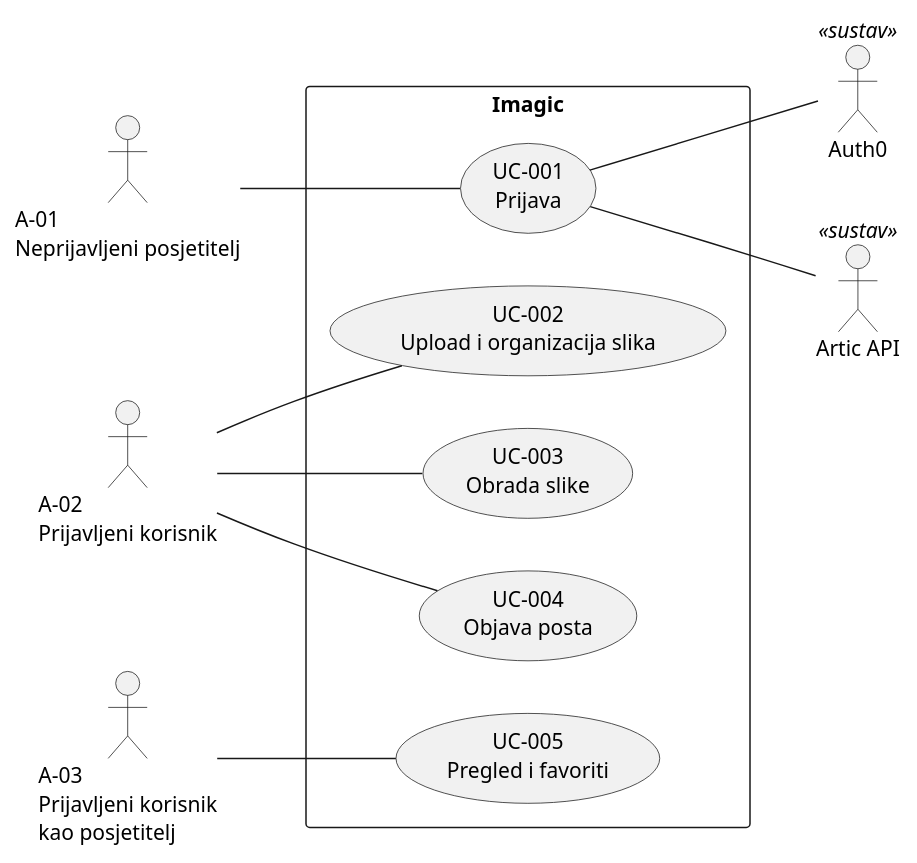
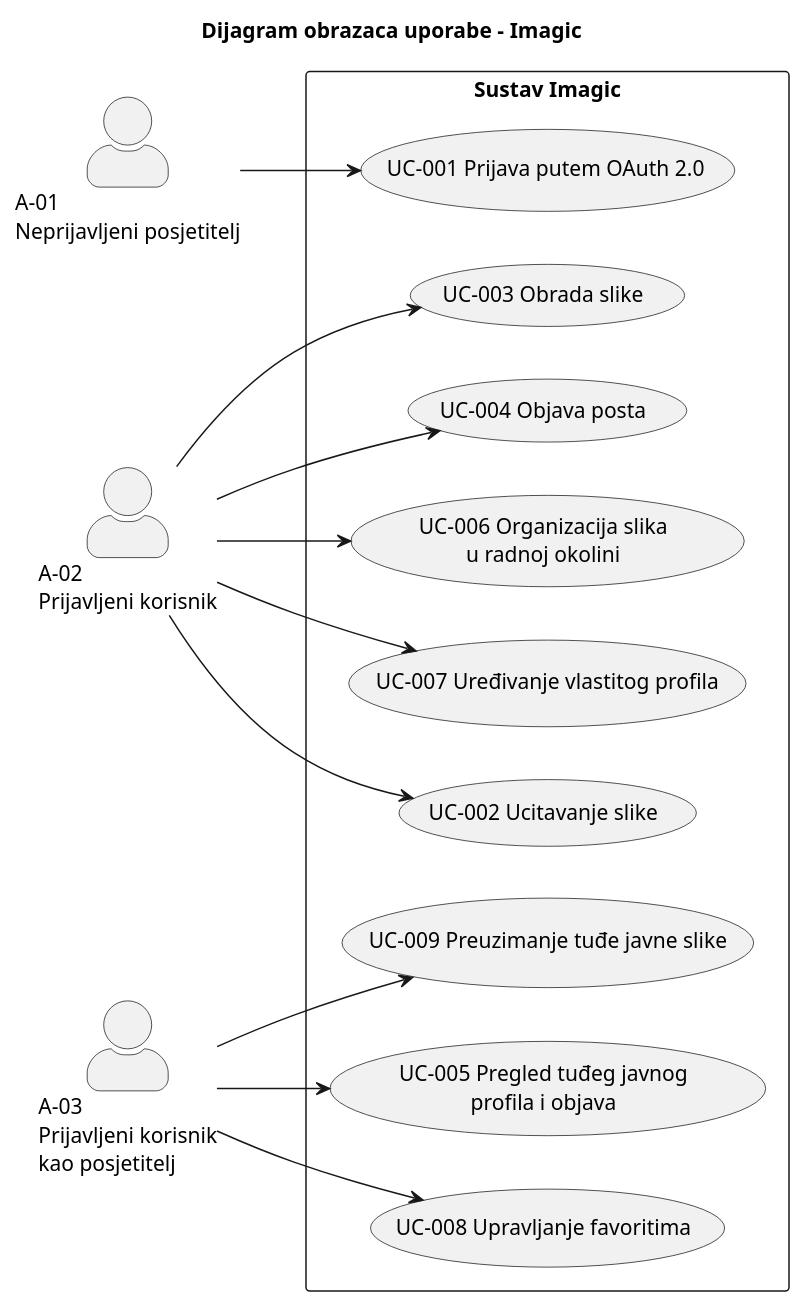
Before and after one commit to LeonIvetic/Imagic_Tim_3.2: the diagram in docs/obrasci-uporabe.puml, drawn with PlantUML. The commit also changed 3 other files, not shown here.

```diff
--- a/docs/obrasci-uporabe.puml
+++ b/docs/obrasci-uporabe.puml
@@ -1,30 +1,37 @@
 @startuml
 left to right direction
+skinparam actorStyle awesome
 
-actor "A-01\nNeprijavljeni posjetitelj" as A1
-actor "A-02\nPrijavljeni korisnik" as A2
-actor "A-03\nPrijavljeni korisnik\nkao posjetitelj" as A3
+title Dijagram obrazaca uporabe – Imagic
 
-actor "Auth0" as Auth0 <<sustav>>
-actor "Artic API" as Artic <<sustav>>
+actor "A-01\nNeprijavljeni posjetitelj" as A01
+actor "A-02\nPrijavljeni korisnik" as A02
+actor "A-03\nPrijavljeni korisnik\nkao posjetitelj" as A03
 
-rectangle "Imagic" {
-    usecase "UC-001\nPrijava" as UC1
-    usecase "UC-002\nUpload i organizacija slika" as UC2
-    usecase "UC-003\nObrada slike" as UC3
-    usecase "UC-004\nObjava posta" as UC4
-    usecase "UC-005\nPregled i favoriti" as UC5
+rectangle "Sustav Imagic" {
+    usecase "UC-001 Prijava putem OAuth 2.0" as UC001
+    usecase "UC-002 Ucitavanje slike" as UC002
+    usecase "UC-003 Obrada slike" as UC003
+    usecase "UC-004 Objava posta" as UC004
+    usecase "UC-005 Pregled tuđeg javnog\nprofila i objava" as UC005
+    usecase "UC-006 Organizacija slika\nu radnoj okolini" as UC006
+    usecase "UC-007 Uređivanje vlastitog profila" as UC007
+    usecase "UC-008 Upravljanje favoritima" as UC008
+    usecase "UC-009 Preuzimanje tuđe javne slike" as UC009
 }
 
-A1 -- UC1
+' A-01 Neprijavljeni posjetitelj
+A01 --> UC001
 
-A2 -- UC2
-A2 -- UC3
-A2 -- UC4
+' A-02 Prijavljeni korisnik
+A02 --> UC002
+A02 --> UC003
+A02 --> UC004
+A02 --> UC006
+A02 --> UC007
 
-A3 -- UC5
-
-UC1 -- Auth0
-UC1 -- Artic
-
+' A-03 Prijavljeni korisnik kao posjetitelj
+A03 --> UC005
+A03 --> UC008
+A03 --> UC009
 @enduml
```
